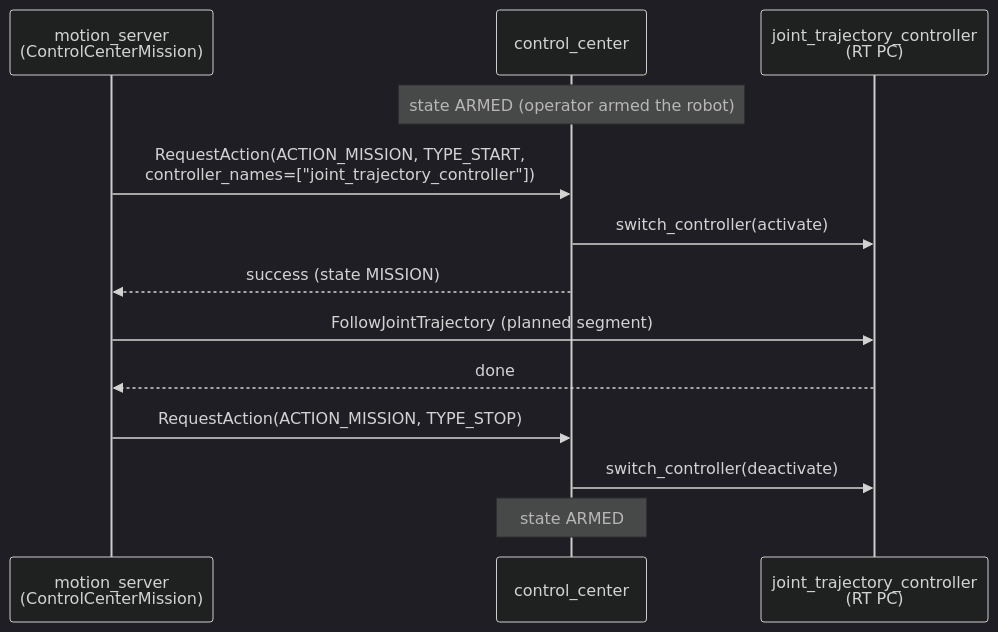
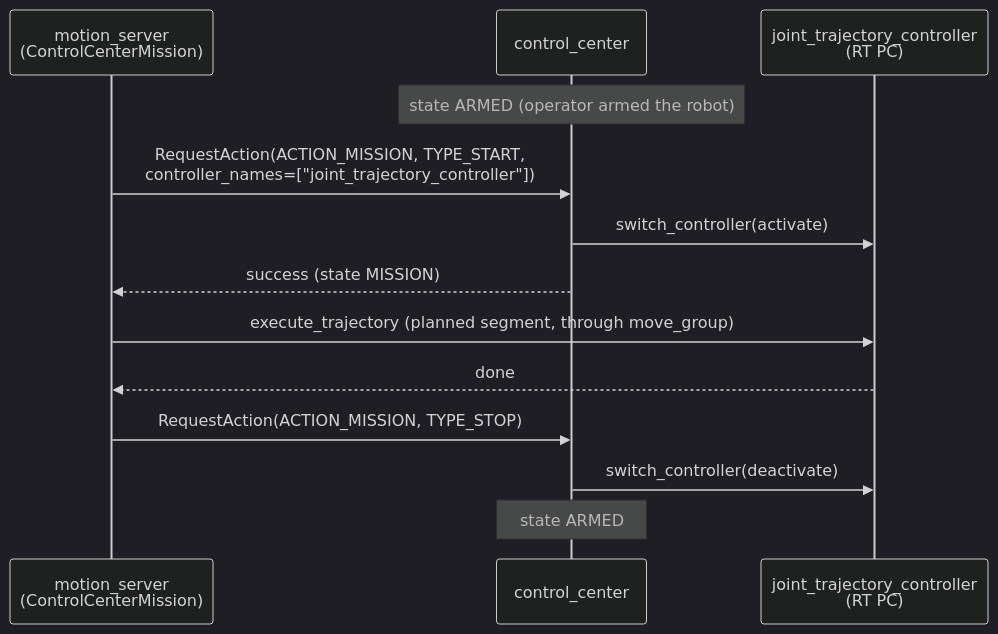
Before and after one commit to ruben01egle/robotarm_core: the second of 2 diagrams in src/robotarm_motion/README.md, drawn with Mermaid (dark theme). The commit also changed other lines of this file and 1 other file, not shown here.

First line of the commit message:
Document execution through move_group and the goal services

````diff
--- a/src/robotarm_motion/README.md
+++ b/src/robotarm_motion/README.md
@@ -233,15 +241,15 @@
 ```mermaid
 sequenceDiagram
     participant C as motion_server<br/>(ControlCenterMission)
     participant CC as control_center
     participant JTC as joint_trajectory_controller<br/>(RT PC)
     Note over CC: state ARMED (operator armed the robot)
     C->>CC: RequestAction(ACTION_MISSION, TYPE_START,<br/>controller_names=["joint_trajectory_controller"])
     CC->>JTC: switch_controller(activate)
     CC-->>C: success (state MISSION)
-    C->>JTC: FollowJointTrajectory (planned segment)
+    C->>JTC: execute_trajectory (planned segment, through move_group)
     JTC-->>C: done
     C->>CC: RequestAction(ACTION_MISSION, TYPE_STOP)
     CC->>JTC: switch_controller(deactivate)
     Note over CC: state ARMED
 ```
````
